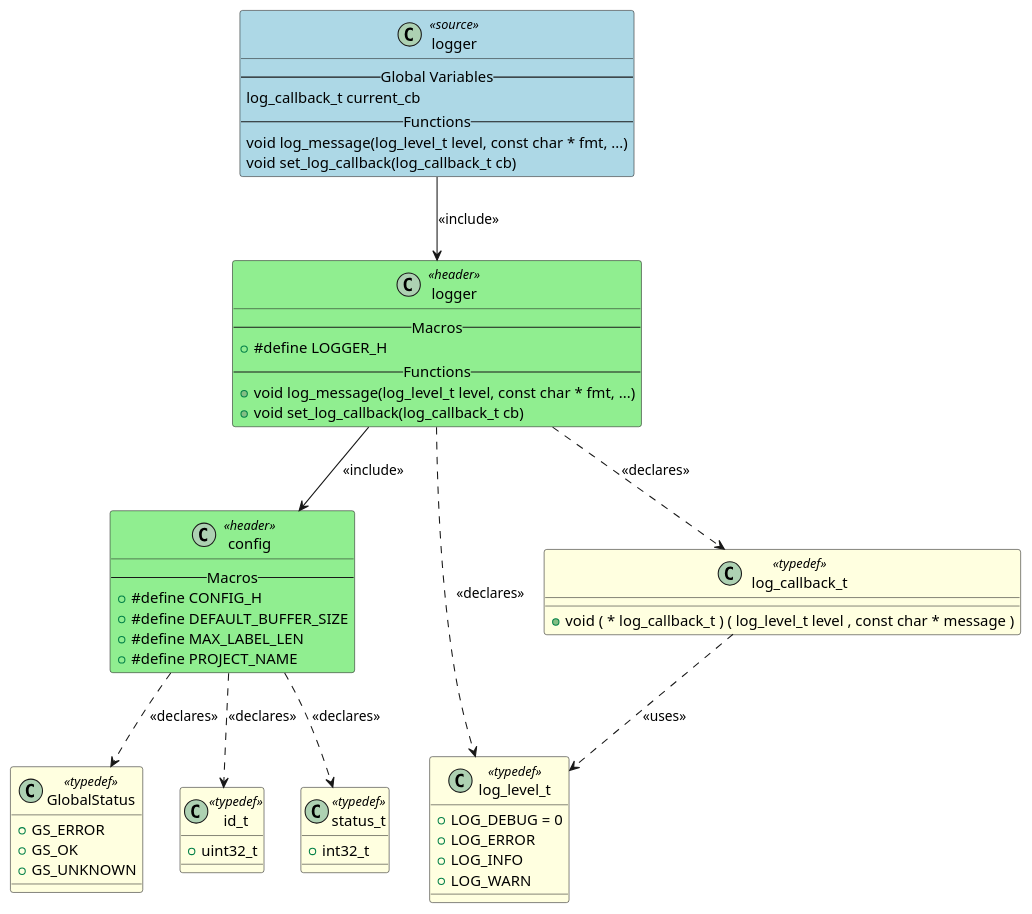
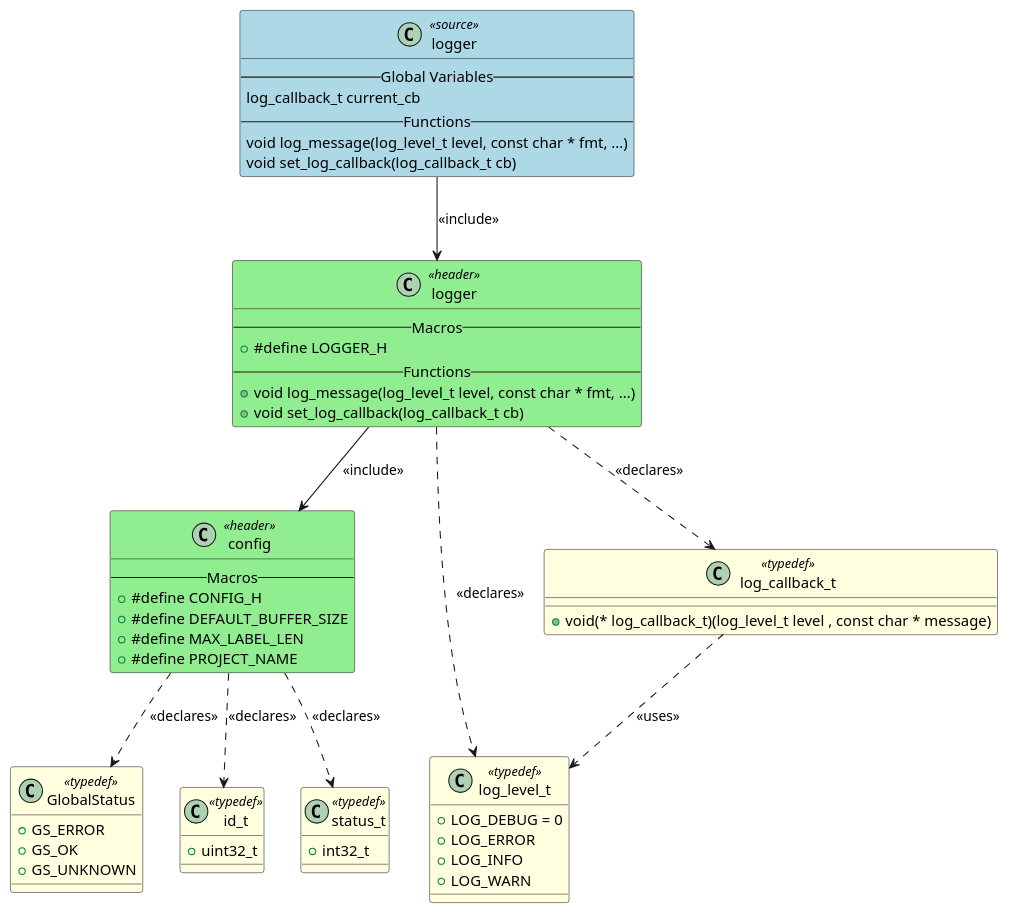
One commit to fischerjooo/c2puml changed the diagram in output/logger.puml. Above: the diagram before and after it, drawn with PlantUML. The commit also changed 19 other files, not shown here.

```diff
--- a/output/logger.puml
+++ b/output/logger.puml
@@ -1,75 +1,75 @@
 @startuml logger
 
 class "logger" as LOGGER <<source>> #LightBlue
 {
     -- Global Variables --
     log_callback_t current_cb
     -- Functions --
     void log_message(log_level_t level, const char * fmt, ...)
     void set_log_callback(log_callback_t cb)
 }
 
 class "config" as HEADER_CONFIG <<header>> #LightGreen
 {
     -- Macros --
     + #define CONFIG_H
     + #define DEFAULT_BUFFER_SIZE
     + #define MAX_LABEL_LEN
     + #define PROJECT_NAME
 }
 
 class "logger" as HEADER_LOGGER <<header>> #LightGreen
 {
     -- Macros --
     + #define LOGGER_H
     -- Functions --
     + void log_message(log_level_t level, const char * fmt, ...)
     + void set_log_callback(log_callback_t cb)
 }
 
 class "GlobalStatus" as TYPEDEF_GLOBALSTATUS <<typedef>> #LightYellow
 {
     + GS_ERROR
     + GS_OK
     + GS_UNKNOWN
 }
 
 class "id_t" as TYPEDEF_ID_T <<typedef>> #LightYellow
 {
     + uint32_t
 }
 
 class "status_t" as TYPEDEF_STATUS_T <<typedef>> #LightYellow
 {
     + int32_t
 }
 
 class "log_level_t" as TYPEDEF_LOG_LEVEL_T <<typedef>> #LightYellow
 {
     + LOG_DEBUG = 0
     + LOG_ERROR
     + LOG_INFO
     + LOG_WARN
 }
 
 class "log_callback_t" as TYPEDEF_LOG_CALLBACK_T <<typedef>> #LightYellow
 {
-    + void ( * log_callback_t ) ( log_level_t level , const char * message )
+    + void(* log_callback_t)(log_level_t level , const char * message)
 }
 
 
 ' Include relationships
 LOGGER --> HEADER_LOGGER : <<include>>
 HEADER_LOGGER --> HEADER_CONFIG : <<include>>
 
 ' Declaration relationships
 HEADER_CONFIG ..> TYPEDEF_GLOBALSTATUS : <<declares>>
 HEADER_CONFIG ..> TYPEDEF_ID_T : <<declares>>
 HEADER_CONFIG ..> TYPEDEF_STATUS_T : <<declares>>
 HEADER_LOGGER ..> TYPEDEF_LOG_LEVEL_T : <<declares>>
 HEADER_LOGGER ..> TYPEDEF_LOG_CALLBACK_T : <<declares>>
 
 ' Uses relationships
 TYPEDEF_LOG_CALLBACK_T ..> TYPEDEF_LOG_LEVEL_T : <<uses>>
 
 @enduml
```
